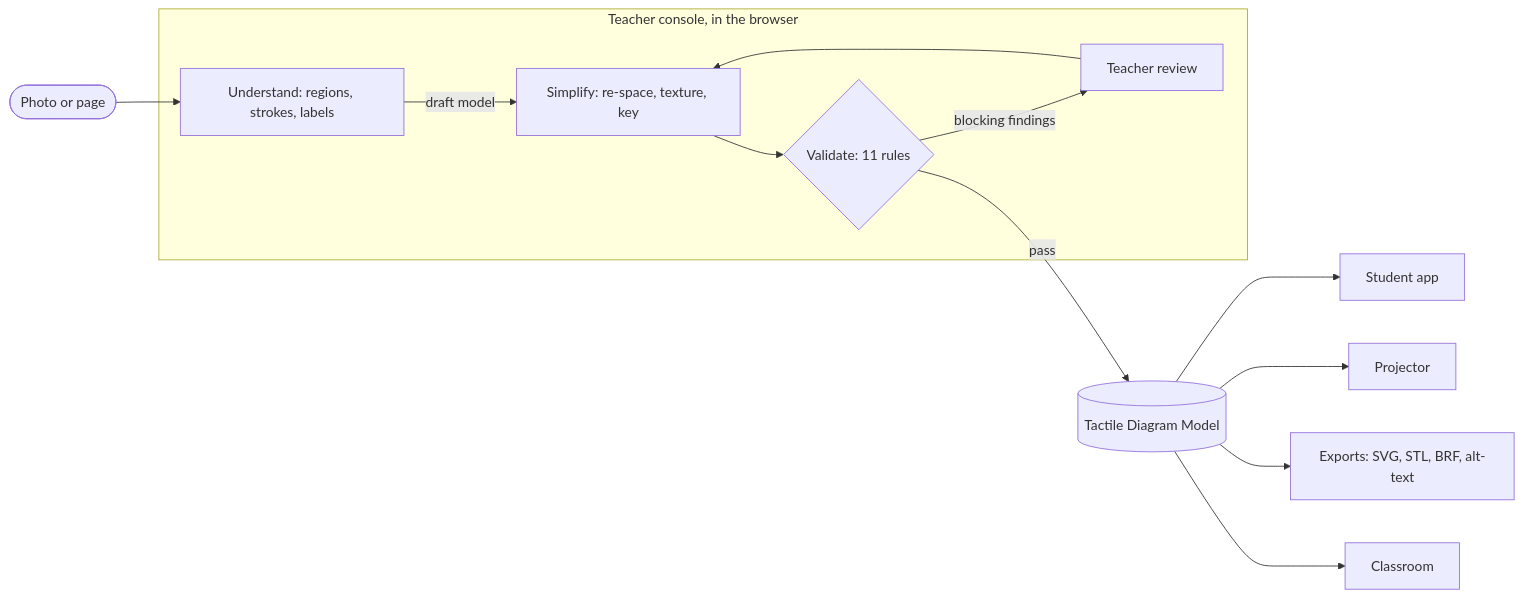
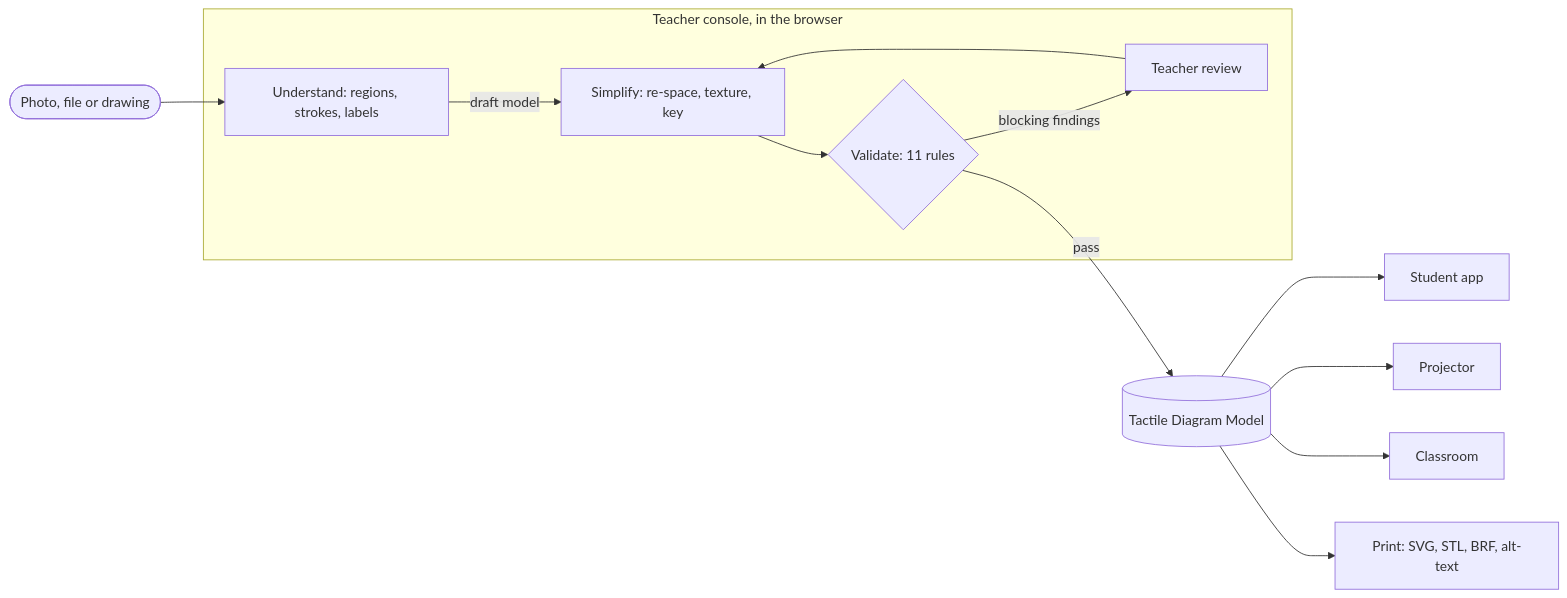
The first of 2 diagrams in README.md (uttampreet-dev/TouchSight), drawn with Mermaid before and after one commit. The commit also changed other lines of this file, not shown here.

Commit message:
README with pitch, diagrams and project structure

````diff
--- a/README.md
+++ b/README.md
@@ -65,19 +47,19 @@
 ```mermaid
 flowchart LR
-    P([Photo or page]) --> U
+    P([Photo, file or drawing]) --> U
     subgraph console [Teacher console, in the browser]
         U[Understand: regions, strokes, labels]
         S[Simplify: re-space, texture, key]
         V{Validate: 11 rules}
         T[Teacher review]
         U -- draft model --> S
         S --> V
         V -- blocking findings --> T
         T --> S
     end
     V -- pass --> M[(Tactile Diagram Model)]
     M --> A[Student app]
     M --> J[Projector]
-    M --> X[Exports: SVG, STL, BRF, alt-text]
     M --> C[Classroom]
+    M --> X[Print: SVG, STL, BRF, alt-text]
 ```
````
